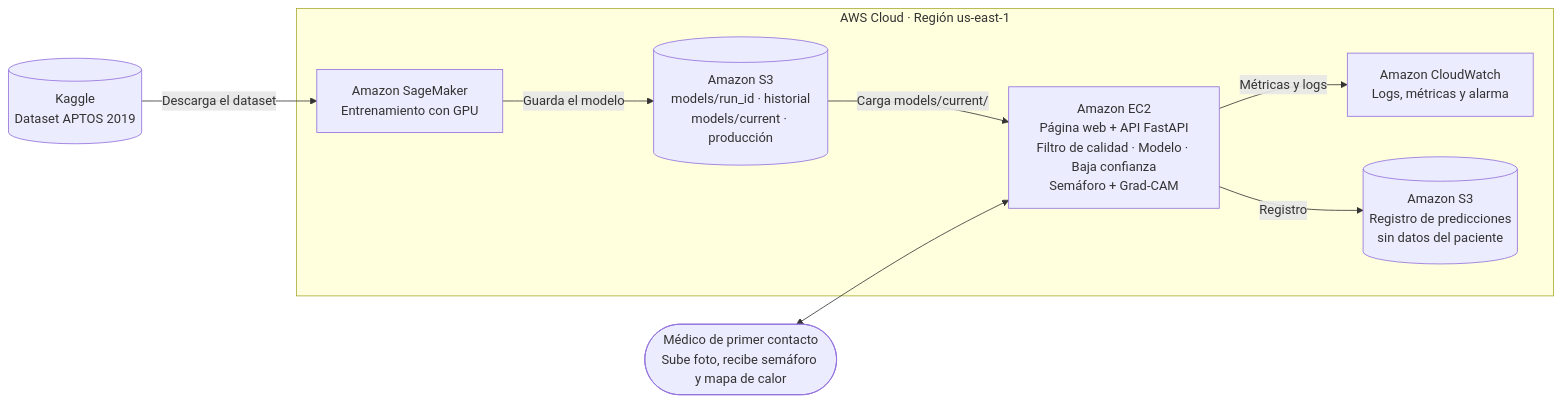
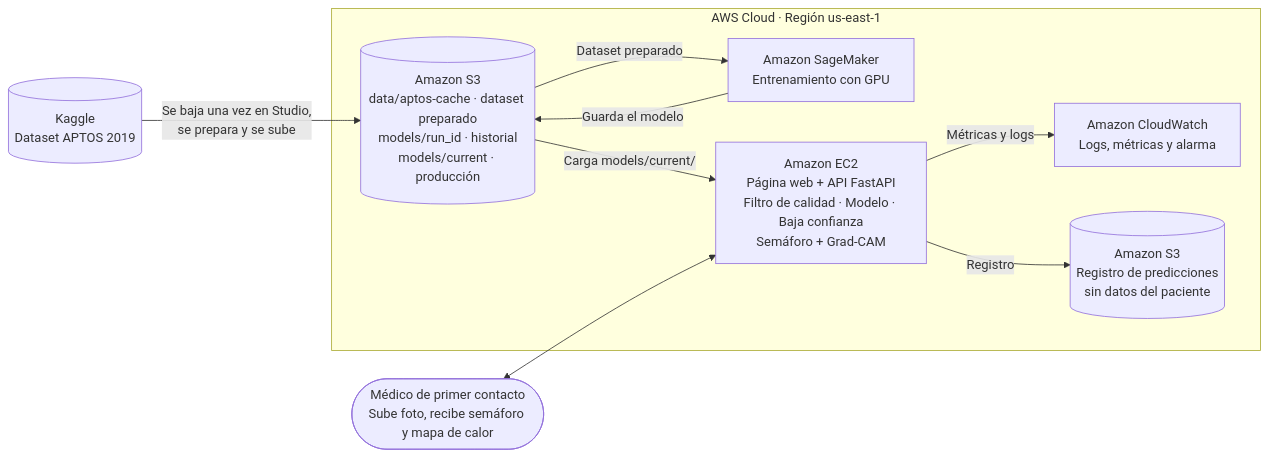
The diagram in docs/arquitectura.md (GualNavarr04/BlindnessDetection), drawn with Mermaid before and after one commit. The commit also changed other lines of this file and 3 other files, not shown here.

Commit message:
Documentar el dataset preparado en S3 y train.py; agregar el reporte final a docs/

````diff
--- a/docs/arquitectura.md
+++ b/docs/arquitectura.md
@@ -83,20 +83,21 @@
 ```mermaid
 flowchart LR
     K[(Kaggle<br/>Dataset APTOS 2019)]
     U([Médico de primer contacto<br/>Sube foto, recibe semáforo y mapa de calor])
 
     subgraph AWS["AWS Cloud · Región us-east-1"]
         SM[Amazon SageMaker<br/>Entrenamiento con GPU]
-        S3m[(Amazon S3<br/>models/run_id · historial<br/>models/current · producción)]
+        S3m[(Amazon S3<br/>data/aptos-cache · dataset preparado<br/>models/run_id · historial<br/>models/current · producción)]
         EC2[Amazon EC2<br/>Página web + API FastAPI<br/>Filtro de calidad · Modelo · Baja confianza<br/>Semáforo + Grad-CAM]
         CW[Amazon CloudWatch<br/>Logs, métricas y alarma]
         S3r[(Amazon S3<br/>Registro de predicciones<br/>sin datos del paciente)]
     end
 
-    K -->|Descarga el dataset| SM
+    K -->|Se baja una vez en Studio,<br/>se prepara y se sube| S3m
+    S3m -->|Dataset preparado| SM
     SM -->|Guarda el modelo| S3m
     S3m -->|Carga models/current/| EC2
     U <--> EC2
     EC2 -->|Métricas y logs| CW
     EC2 -->|Registro| S3r
 ```
````
